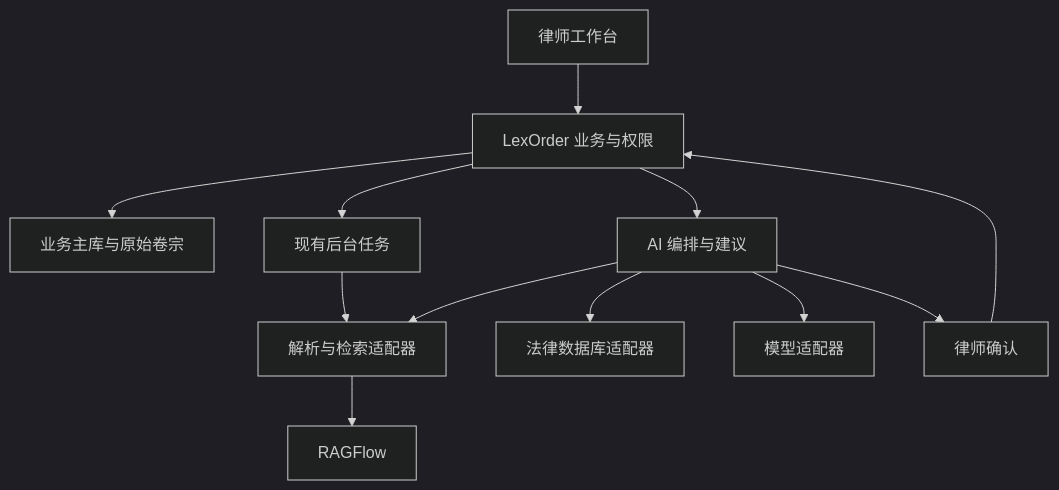
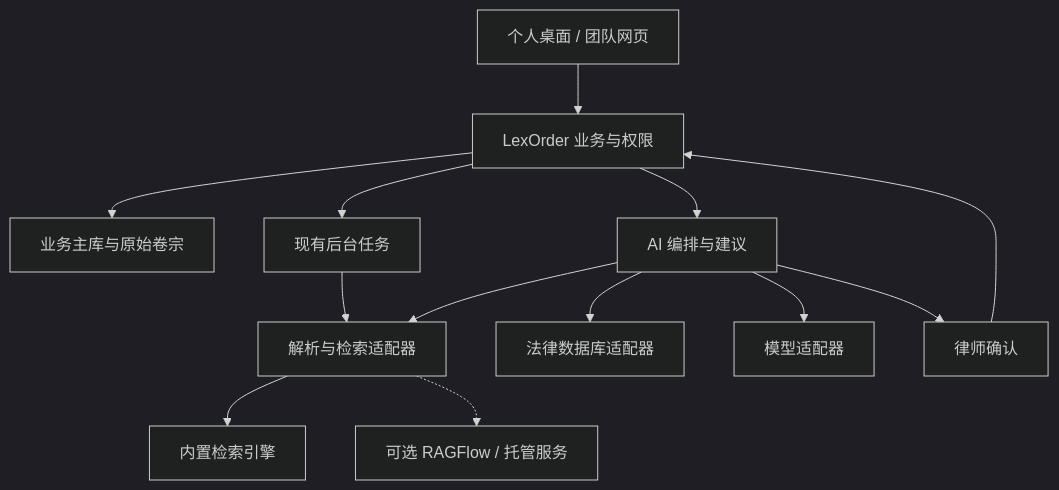
One commit to zaenzhang/LexOrder changed the diagram in docs/WORKBENCH_PLAN.md. Above: the diagram before and after it, drawn with Mermaid (dark theme). The commit also changed other lines of this file and 5 other files, not shown here.

````diff
--- a/docs/WORKBENCH_PLAN.md
+++ b/docs/WORKBENCH_PLAN.md
@@ -64,14 +73,15 @@
 ```mermaid
 flowchart TB
-  U["律师工作台"] --> L["LexOrder 业务与权限"]
+  U["个人桌面 / 团队网页"] --> L["LexOrder 业务与权限"]
   L --> D["业务主库与原始卷宗"]
   L --> Q["现有后台任务"]
   Q --> R["解析与检索适配器"]
-  R --> V["RAGFlow"]
+  R --> V["内置检索引擎"]
+  R -.-> X["可选 RAGFlow / 托管服务"]
   L --> A["AI 编排与建议"]
   A --> R
   A --> P["法律数据库适配器"]
   A --> M["模型适配器"]
   A --> C["律师确认"]
   C --> L
 ```
````
